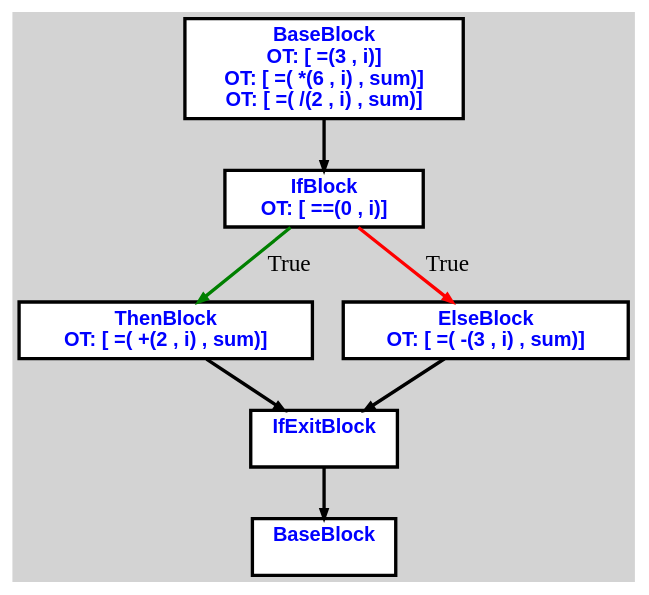
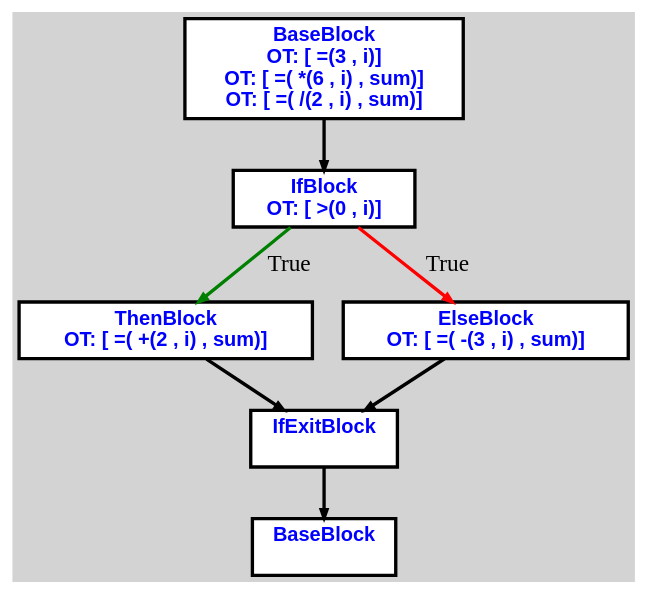
One commit to aveen007/CountingMonkeys changed the diagram in cpoCompilerWin/input2.txt.calculator.dot. Above: the diagram before and after it, drawn with Graphviz. The commit also changed 8 other files, not shown here.

```diff
--- a/cpoCompilerWin/input2.txt.calculator.dot
+++ b/cpoCompilerWin/input2.txt.calculator.dot
@@ -1,25 +1,25 @@
 digraph G {
 ordering=out;
 ranksep=.4;
 bgcolor="lightgrey";  node [shape=box, fixedsize=false, fontsize=12, fontname="Helvetica-bold", fontcolor="blue"
 width=.25, height=.25, color="black", fillcolor="white", style="filled, solid, bold"];
 
-edge [arrowsize=.5, color="black", style="bold"]    n000011D8E18A1400 [label="BaseBlock\n OT: [ =(3 , i)]
+edge [arrowsize=.5, color="black", style="bold"]    n000012172A4A1400 [label="BaseBlock\n OT: [ =(3 , i)]
 OT: [ =( *(6 , i) , sum)]
 OT: [ =( /(2 , i) , sum)]
 "]
-    n000011D8E18A1460 [label="IfBlock\n OT: [ ==(0 , i)]
+    n000012172A4A1460 [label="IfBlock\n OT: [ >(0 , i)]
 "]
-    n000011D8E18A1400 -> n000011D8E18A1460
-    n000011D8E18A1460 -> n000011D8E18A14C0 [label="True" color="green"]
-    n000011D8E18A14C0 [label="ThenBlock\n OT: [ =( +(2 , i) , sum)]
+    n000012172A4A1400 -> n000012172A4A1460
+    n000012172A4A1460 -> n000012172A4A14C0 [label="True" color="green"]
+    n000012172A4A14C0 [label="ThenBlock\n OT: [ =( +(2 , i) , sum)]
 "]
-    n000011D8E18A1580 [label="IfExitBlock\n "]
-    n000011D8E18A14C0 -> n000011D8E18A1580
-    n000011D8E18A15E0 [label="BaseBlock\n "]
-    n000011D8E18A1580 -> n000011D8E18A15E0
-    n000011D8E18A1460 -> n000011D8E18A1520 [label="True" color="red"]
-    n000011D8E18A1520 [label="ElseBlock\n OT: [ =( -(3 , i) , sum)]
+    n000012172A4A1580 [label="IfExitBlock\n "]
+    n000012172A4A14C0 -> n000012172A4A1580
+    n000012172A4A15E0 [label="BaseBlock\n "]
+    n000012172A4A1580 -> n000012172A4A15E0
+    n000012172A4A1460 -> n000012172A4A1520 [label="True" color="red"]
+    n000012172A4A1520 [label="ElseBlock\n OT: [ =( -(3 , i) , sum)]
 "]
-    n000011D8E18A1520 -> n000011D8E18A1580
+    n000012172A4A1520 -> n000012172A4A1580
 }
```
